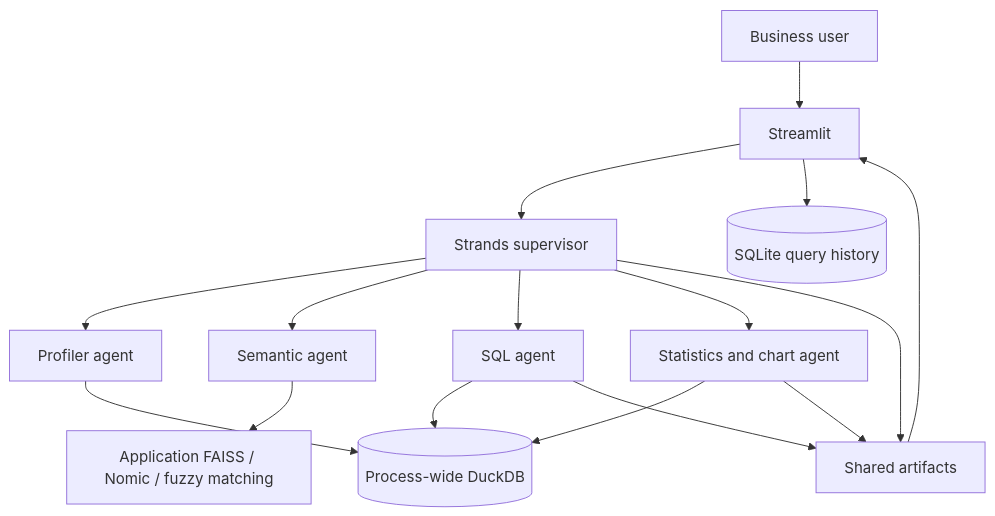
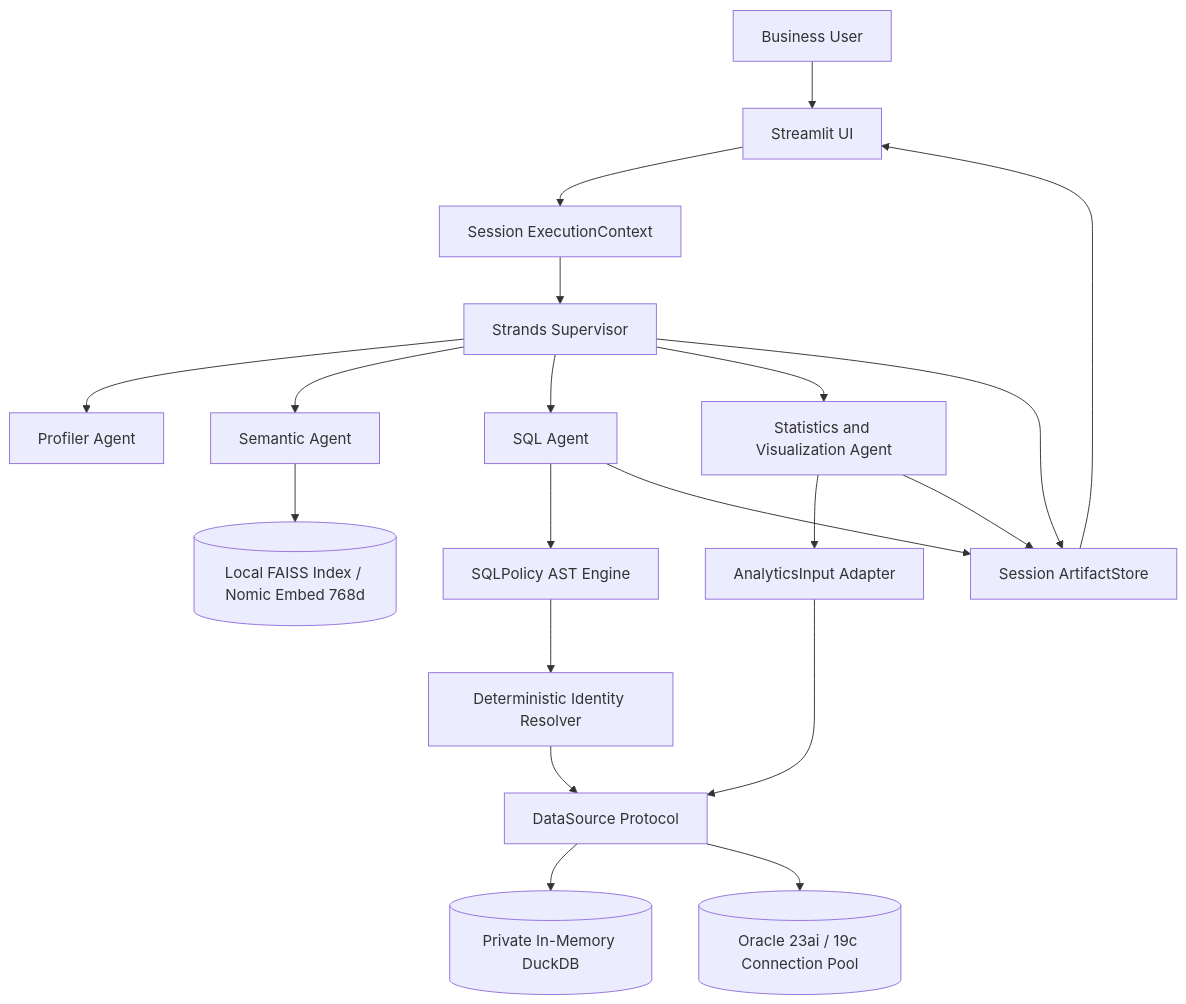
One commit to Xenaquas/Tabular-Intelligence changed the diagram in TECHNICAL.md. Above: the diagram before and after it, drawn with Mermaid. The commit also changed other lines of this file and 67 other files, not shown here.

Commit message:
feat: establish decoupled Strands analytics framework with Oracle integration

````diff
--- a/TECHNICAL.md
+++ b/TECHNICAL.md
@@ -5,18 +7,27 @@
 ```mermaid
 flowchart TD
-    U[Business user] --> UI[Streamlit]
-    UI --> S[Strands supervisor]
-    S --> P[Profiler agent]
-    S --> M[Semantic agent]
-    S --> Q[SQL agent]
-    S --> V[Statistics and chart agent]
-    P --> D[(Process-wide DuckDB)]
-    Q --> D
-    V --> D
-    M --> I[Application FAISS / Nomic / fuzzy matching]
-    Q --> A[Shared artifacts]
-    V --> A
-    S --> A
-    A --> UI
-    UI --> H[(SQLite query history)]
+    U[Business User] --> UI[Streamlit UI]
+    UI --> Ctx[Session ExecutionContext]
+    Ctx --> S[Strands Supervisor]
+    
+    S --> P[Profiler Agent]
+    S --> M[Semantic Agent]
+    S --> Q[SQL Agent]
+    S --> V[Statistics and Visualization Agent]
+    
+    Q --> Boundary[SQLPolicy AST Engine]
+    Boundary --> Resolver[Deterministic Identity Resolver]
+    Resolver --> DS[DataSource Protocol]
+    
+    V --> Adapt[AnalyticsInput Adapter]
+    Adapt --> DS
+    
+    DS --> Duck[(Private In-Memory DuckDB)]
+    DS --> Ora[(Oracle 23ai / 19c Connection Pool)]
+    M --> FAISS[(Local FAISS Index / Nomic Embed 768d)]
+    
+    Q --> Store[Session ArtifactStore]
+    V --> Store
+    S --> Store
+    Store --> UI
 ```
````
